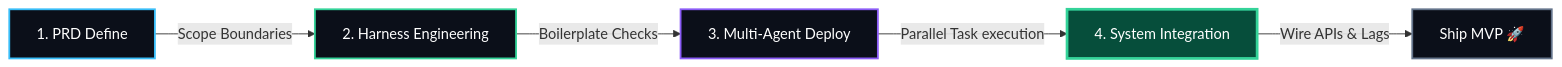
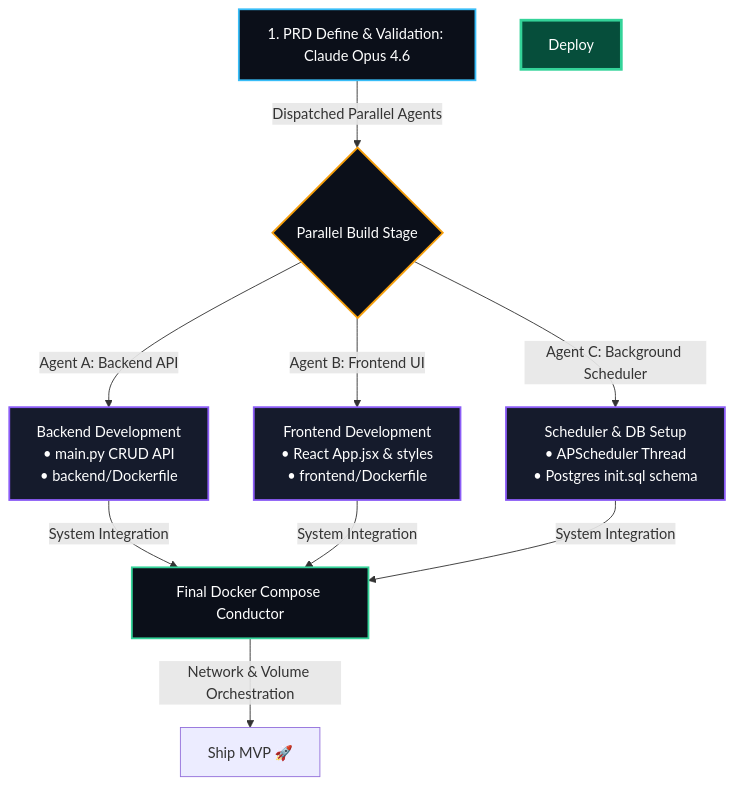
The second of 3 diagrams in README.md (Nishchalpr4/UpTime-Moniter), drawn with Mermaid before and after one commit. The commit also changed other lines of this file, not shown here.

Commit message:
docs: update model version to Opus 4.6 and add parallel multi-agent flowchart

````diff
--- a/README.md
+++ b/README.md
@@ -100,13 +73,22 @@
 ```mermaid
-graph LR
-    PRD[1. PRD Define] -->|Scope Boundaries| Harness[2. Harness Engineering]
-    Harness -->|Boilerplate Checks| Deploy[3. Multi-Agent Deploy]
-    Deploy -->|Parallel Task execution| Integrate[4. System Integration]
-    Integrate -->|Wire APIs & Lags| Ship[Ship MVP 🚀]
+graph TD
+    PRD[1. PRD Define & Validation: Claude Opus 4.6] -->|Dispatched Parallel Agents| Parallel{Parallel Build Stage}
+    
+    Parallel -->|Agent A: Backend API| Backend[Backend Development<br>• main.py CRUD API<br>• backend/Dockerfile]
+    Parallel -->|Agent B: Frontend UI| Frontend[Frontend Development<br>• React App.jsx & styles<br>• frontend/Dockerfile]
+    Parallel -->|Agent C: Background Scheduler| Scheduler[Scheduler & DB Setup<br>• APScheduler Thread<br>• Postgres init.sql schema]
+    
+    Backend -->|System Integration| Combine[Final Docker Compose Conductor]
+    Frontend -->|System Integration| Combine
+    Scheduler -->|System Integration| Combine
+
+    Combine -->|Network & Volume Orchestration| Ship[Ship MVP 🚀]
 
     style PRD fill:#0b0f19,stroke:#38bdf8,stroke-width:2px,color:#fff
-    style Harness fill:#0b0f19,stroke:#34d399,stroke-width:2px,color:#fff
-    style Deploy fill:#0b0f19,stroke:#8b5cf6,stroke-width:2px,color:#fff
-    style Integrate fill:#064e3b,stroke:#34d399,stroke-width:3px,color:#fff
-    style Ship fill:#0b0f19,stroke:#64748b,stroke-width:2px,color:#fff
+    style Parallel fill:#0b0f19,stroke:#f59e0b,stroke-width:2px,color:#fff
+    style Backend fill:#151b2c,stroke:#8b5cf6,stroke-width:2px,color:#fff
+    style Frontend fill:#151b2c,stroke:#8b5cf6,stroke-width:2px,color:#fff
+    style Scheduler fill:#151b2c,stroke:#8b5cf6,stroke-width:2px,color:#fff
+    style Combine fill:#0b0f19,stroke:#34d399,stroke-width:2px,color:#fff
+    style Deploy fill:#064e3b,stroke:#34d399,stroke-width:3px,color:#fff
 ```
````
